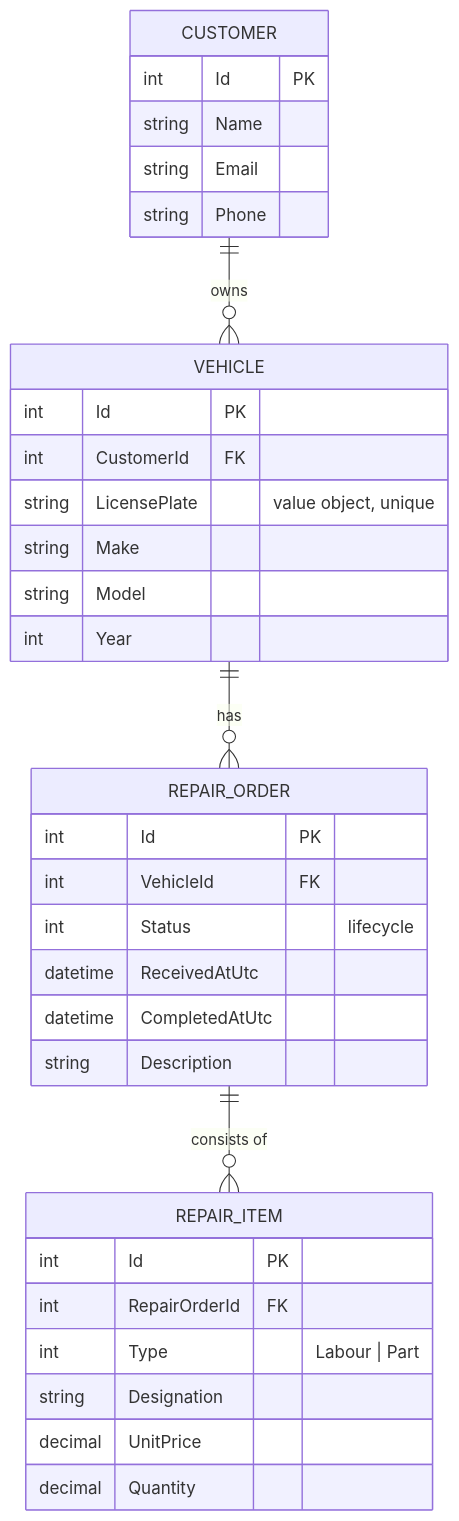
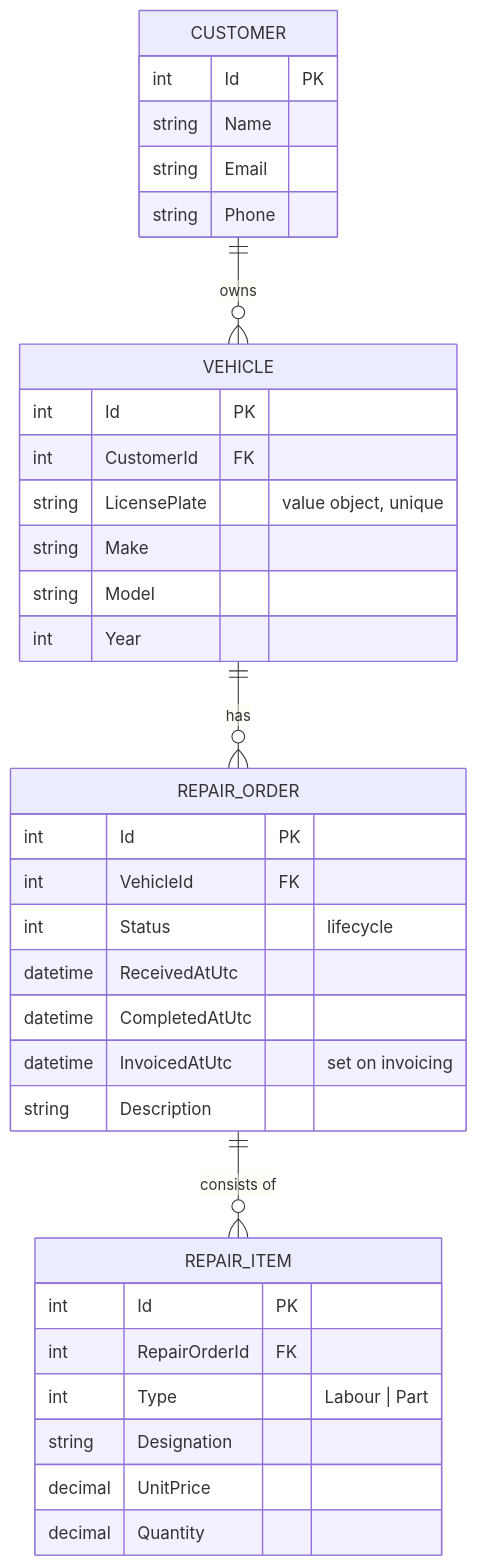
The second of 3 diagrams in README.md (M1ka3il/repair-shop-manager), drawn with Mermaid before and after one commit. The commit also changed other lines of this file and 19 other files, not shown here.

````diff
--- a/README.md
+++ b/README.md
@@ -115,37 +115,38 @@
 ```mermaid
 erDiagram
     CUSTOMER ||--o{ VEHICLE : owns
     VEHICLE  ||--o{ REPAIR_ORDER : "has"
     REPAIR_ORDER ||--o{ REPAIR_ITEM : "consists of"
 
     CUSTOMER {
         int Id PK
         string Name
         string Email
         string Phone
     }
     VEHICLE {
         int Id PK
         int CustomerId FK
         string LicensePlate "value object, unique"
         string Make
         string Model
         int Year
     }
     REPAIR_ORDER {
         int Id PK
         int VehicleId FK
         int Status "lifecycle"
         datetime ReceivedAtUtc
         datetime CompletedAtUtc
+        datetime InvoicedAtUtc "set on invoicing"
         string Description
     }
     REPAIR_ITEM {
         int Id PK
         int RepairOrderId FK
         int Type "Labour | Part"
         string Designation
         decimal UnitPrice
         decimal Quantity
     }
 ```
````
